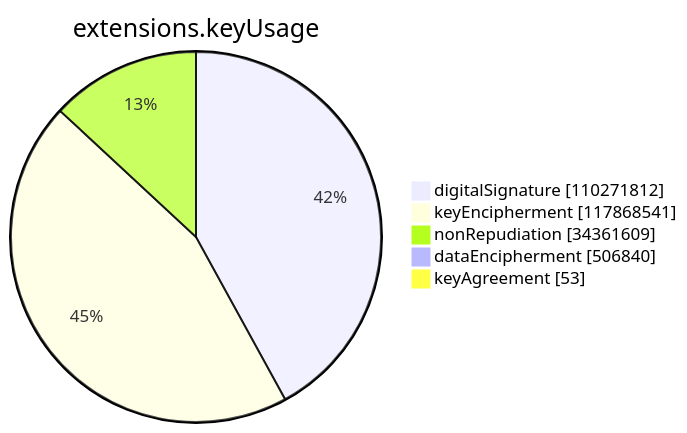
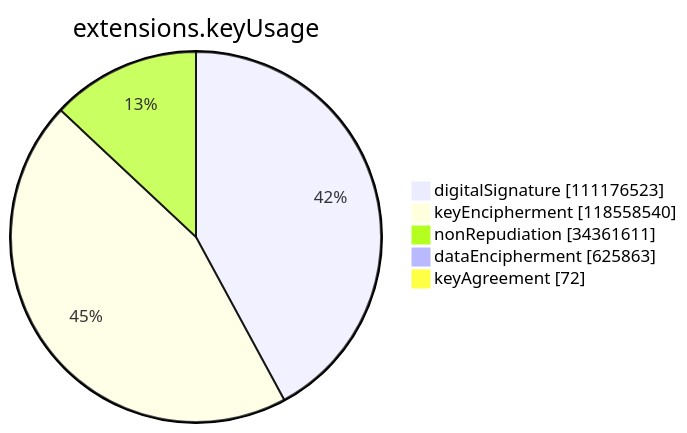
Before and after one commit to christiankrug/ctmonitor_visualization: the sixth of 15 diagrams in argon2023/README.md, drawn with Mermaid. The commit also changed other lines of this file, not shown here.

````diff
--- a/argon2023/README.md
+++ b/argon2023/README.md
@@ -2139,9 +2141,9 @@
 ```mermaid
 pie showData
 title extensions.keyUsage
-"digitalSignature" :110271812
-"keyEncipherment" :117868541
-"nonRepudiation" :34361609
-"dataEncipherment" :506840
-"keyAgreement" :53
+"digitalSignature" :111176523
+"keyEncipherment" :118558540
+"nonRepudiation" :34361611
+"dataEncipherment" :625863
+"keyAgreement" :72
 ```
````
